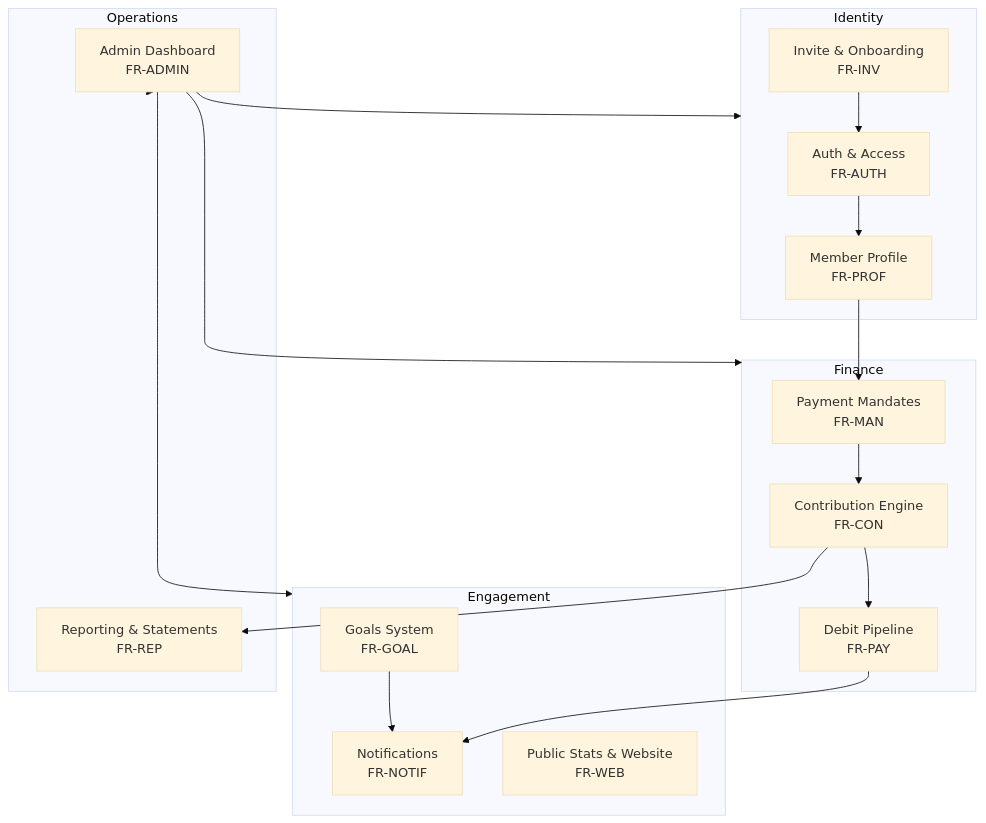
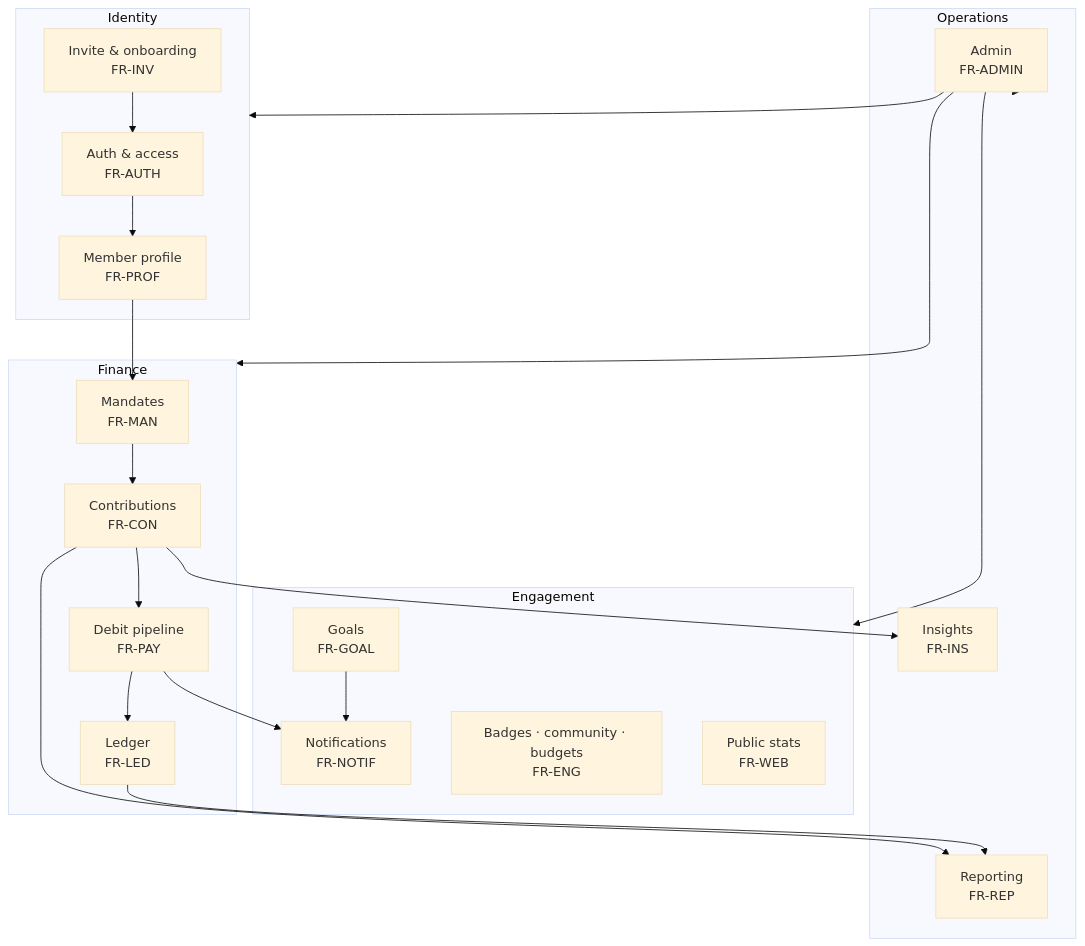
Before and after one commit to KSDRILL-SA/Xkimi-Xa-Mali: the first of 2 diagrams in docs/requirements.md, drawn with Mermaid (base theme). The commit also changed other lines of this file and 2 other files, not shown here.

Commit message:
docs: refresh core design docs and fold in phase-3 features (#187)
Rewrite system-overview around current contexts (ledger, engagement, insights)
with br-based Mermaid; compress build-order from a per-PR changelog into a
status record plus a Phase-3 backbone summary; add ledger, engagement,
insights, and admin-intelligence requirements to the catalogue.

````diff
--- a/docs/requirements.md
+++ b/docs/requirements.md
@@ -19,32 +19,33 @@
 ```mermaid
 flowchart TD
     subgraph IDENTITY["Identity"]
-        AUTH["Auth & Access\nFR-AUTH"]
-        INV["Invite & Onboarding\nFR-INV"]
-        PROF["Member Profile\nFR-PROF"]
+        AUTH["Auth & access<br/>FR-AUTH"]
+        INV["Invite & onboarding<br/>FR-INV"]
+        PROF["Member profile<br/>FR-PROF"]
     end
-
     subgraph FINANCE["Finance"]
-        MAN["Payment Mandates\nFR-MAN"]
-        CON["Contribution Engine\nFR-CON"]
-        PAY["Debit Pipeline\nFR-PAY"]
+        MAN["Mandates<br/>FR-MAN"]
+        CON["Contributions<br/>FR-CON"]
+        PAY["Debit pipeline<br/>FR-PAY"]
+        LED["Ledger<br/>FR-LED"]
     end
-
     subgraph ENGAGEMENT["Engagement"]
-        GOAL["Goals System\nFR-GOAL"]
-        NOTIF["Notifications\nFR-NOTIF"]
-        WEB["Public Stats & Website\nFR-WEB"]
+        GOAL["Goals<br/>FR-GOAL"]
+        NOTIF["Notifications<br/>FR-NOTIF"]
+        ENG["Badges · community · budgets<br/>FR-ENG"]
+        WEB["Public stats<br/>FR-WEB"]
     end
-
     subgraph OPERATIONS["Operations"]
-        REP["Reporting & Statements\nFR-REP"]
-        ADMIN["Admin Dashboard\nFR-ADMIN"]
+        REP["Reporting<br/>FR-REP"]
+        INS["Insights<br/>FR-INS"]
+        ADMIN["Admin<br/>FR-ADMIN"]
     end
 
     INV --> AUTH --> PROF
-    PROF --> MAN --> CON --> PAY
+    PROF --> MAN --> CON --> PAY --> LED
     PAY --> NOTIF
-    CON --> REP
+    CON --> REP & INS
+    LED --> REP
     GOAL --> NOTIF
     ADMIN --> IDENTITY & FINANCE & ENGAGEMENT & OPERATIONS
 ```
````
